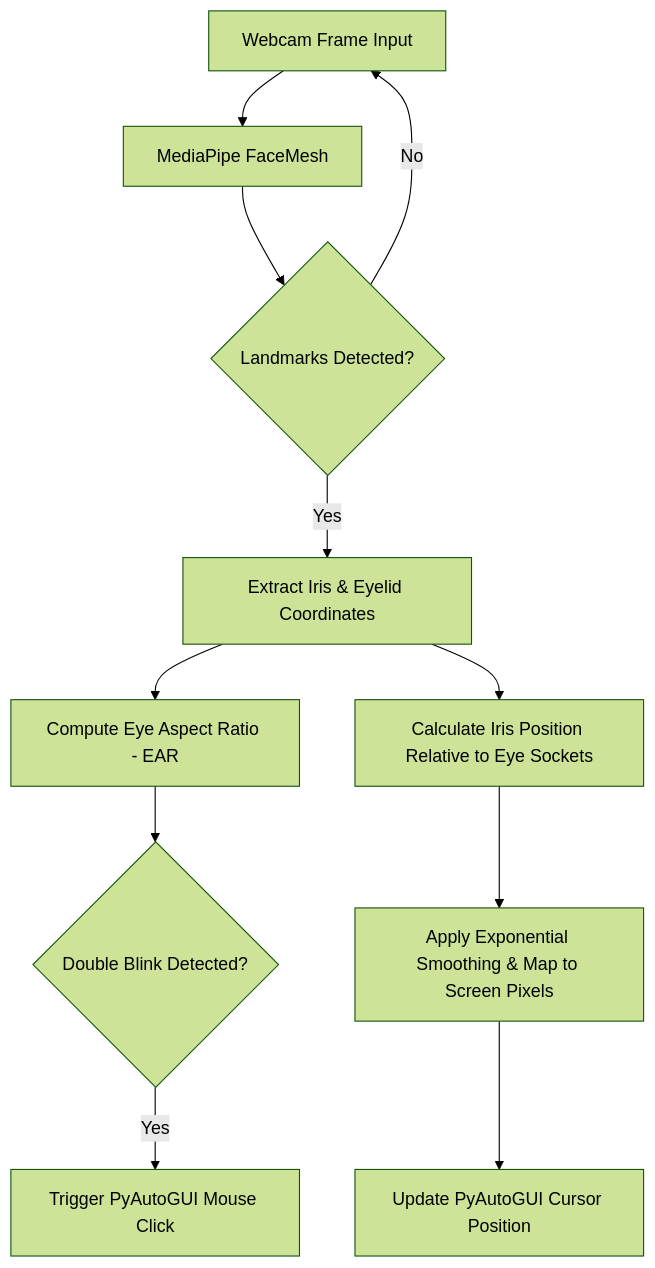
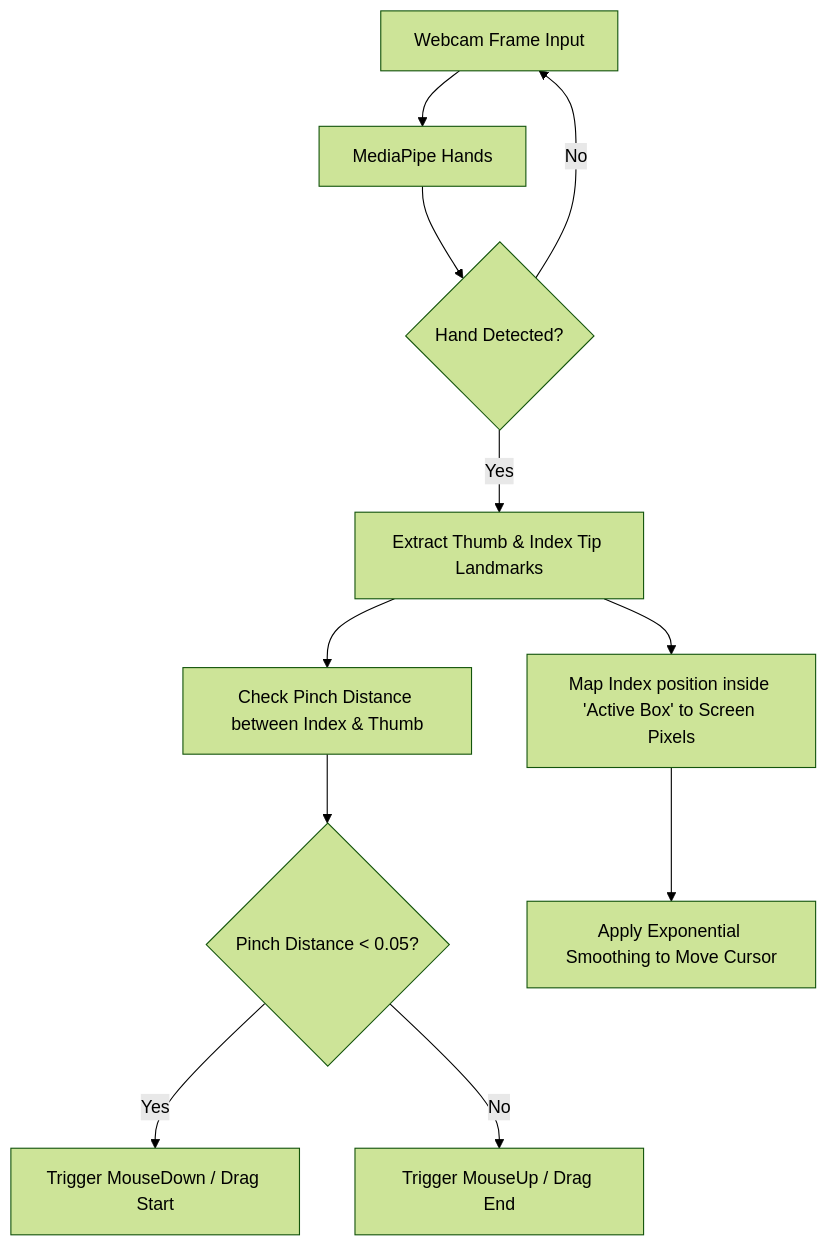
Before and after one commit to JayChauhan2/eye-tracker: the diagram in README.md, drawn with Mermaid (forest theme). The commit also changed other lines of this file and 2 other files, not shown here.

````diff
--- a/README.md
+++ b/README.md
@@ -13,13 +14,13 @@
 ```mermaid
 graph TD
-    A[Webcam Frame Input] --> B[MediaPipe FaceMesh]
-    B --> C{Landmarks Detected?}
-    C -- Yes --> D[Extract Iris & Eyelid Coordinates]
+    A[Webcam Frame Input] --> B[MediaPipe Hands]
+    B --> C{Hand Detected?}
+    C -- Yes --> D[Extract Thumb & Index Tip Landmarks]
     C -- No --> A
-    D --> E[Compute Eye Aspect Ratio - EAR]
-    D --> F[Calculate Iris Position Relative to Eye Sockets]
-    E --> G{Double Blink Detected?}
-    F --> H[Apply Exponential Smoothing & Map to Screen Pixels]
-    G -- Yes --> I[Trigger PyAutoGUI Mouse Click]
-    H --> J[Update PyAutoGUI Cursor Position]
+    D --> E[Check Pinch Distance between Index & Thumb]
+    D --> F[Map Index position inside 'Active Box' to Screen Pixels]
+    E --> G{Pinch Distance < 0.05?}
+    F --> H[Apply Exponential Smoothing to Move Cursor]
+    G -- Yes --> I[Trigger MouseDown / Drag Start]
+    G -- No --> J[Trigger MouseUp / Drag End]
 ```
````
